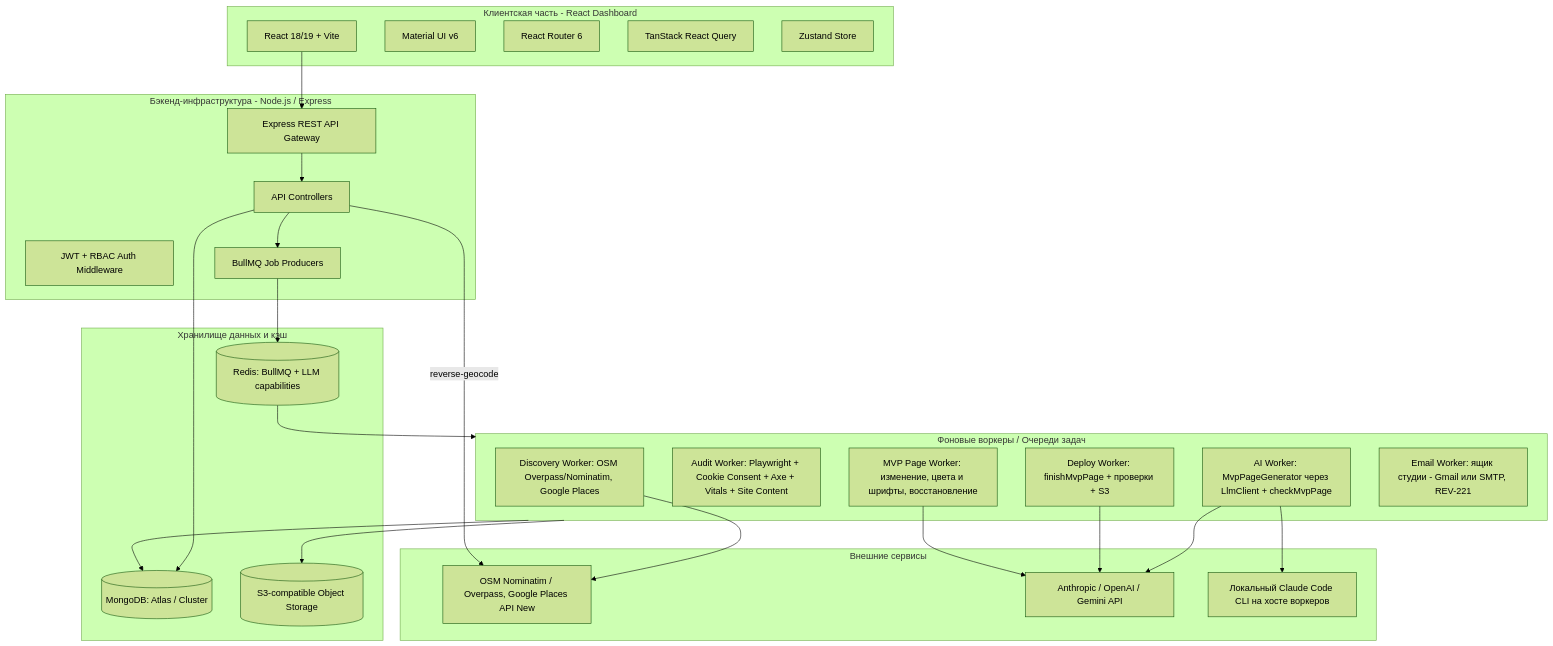
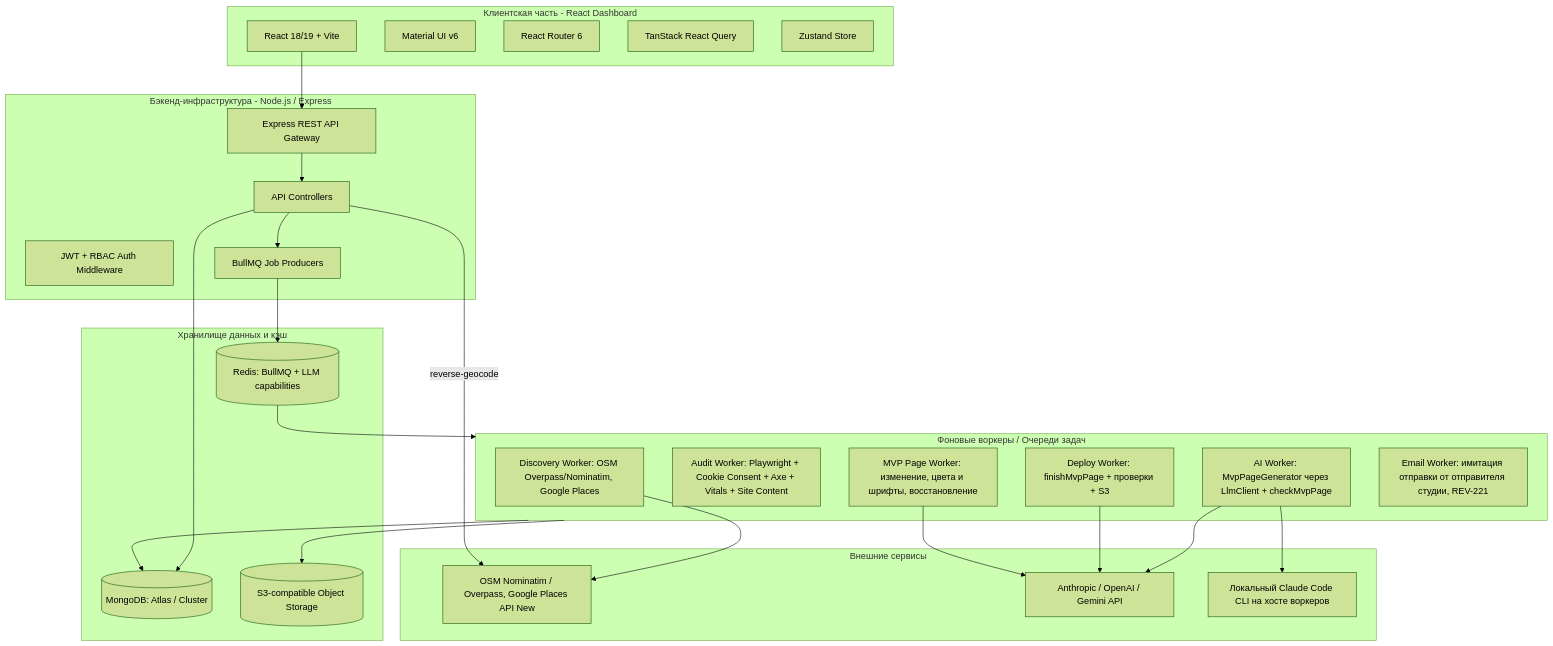
Before and after one commit to yurykurouski/revamp-docs: the second of 10 diagrams in blueprint.md, drawn with Mermaid (forest theme). The commit also changed other lines of this file and 15 other files, not shown here.

Commit message:
docs(REV-221): studio sender and simulated outbox replace the platform email provider

````diff
--- a/blueprint.md
+++ b/blueprint.md
@@ -29,53 +29,53 @@
 ```mermaid
 graph TB
     subgraph Frontend [Клиентская часть - React Dashboard]
         UI[React 18/19 + Vite]
         MUI[Material UI v6]
         Router[React Router 6]
         Query[TanStack React Query]
         State[Zustand Store]
     end
 
     subgraph API [Бэкенд-инфраструктура - Node.js / Express]
         Gateway[Express REST API Gateway]
         Auth[JWT + RBAC Auth Middleware]
         Controllers[API Controllers]
         Queues[BullMQ Job Producers]
     end
 
     subgraph Workers [Фоновые воркеры / Очереди задач]
         W_Disc[Discovery Worker: OSM Overpass/Nominatim, Google Places]
         W_Audit[Audit Worker: Playwright + Cookie Consent + Axe + Vitals + Site Content]
         W_AI[AI Worker: MvpPageGenerator через LlmClient + checkMvpPage]
         W_Gen[Deploy Worker: finishMvpPage + проверки + S3]
         W_Page[MVP Page Worker: изменение, цвета и шрифты, восстановление]
-        W_Mail[Email Worker: ящик студии - Gmail или SMTP, REV-221]
+        W_Mail[Email Worker: имитация отправки от отправителя студии, REV-221]
     end
 
     subgraph Data [Хранилище данных и кэш]
         Mongo[(MongoDB: Atlas / Cluster)]
         Redis[(Redis: BullMQ + LLM capabilities)]
         S3[(S3-compatible Object Storage)]
     end
 
     subgraph External [Внешние сервисы]
         Maps[OSM Nominatim / Overpass, Google Places API New]
         LLM[Anthropic / OpenAI / Gemini API]
         CLI[Локальный Claude Code CLI на хосте воркеров]
     end
 
     UI --> Gateway
     Gateway --> Controllers
     Controllers --> Queues
     Queues --> Redis
     Redis --> Workers
     Workers --> Mongo
     Workers --> S3
     Controllers --> Mongo
     W_Disc --> Maps
     W_AI --> LLM
     W_AI --> CLI
     W_Gen --> LLM
     W_Page --> LLM
     Controllers -->|reverse-geocode| Maps
 ```
````
